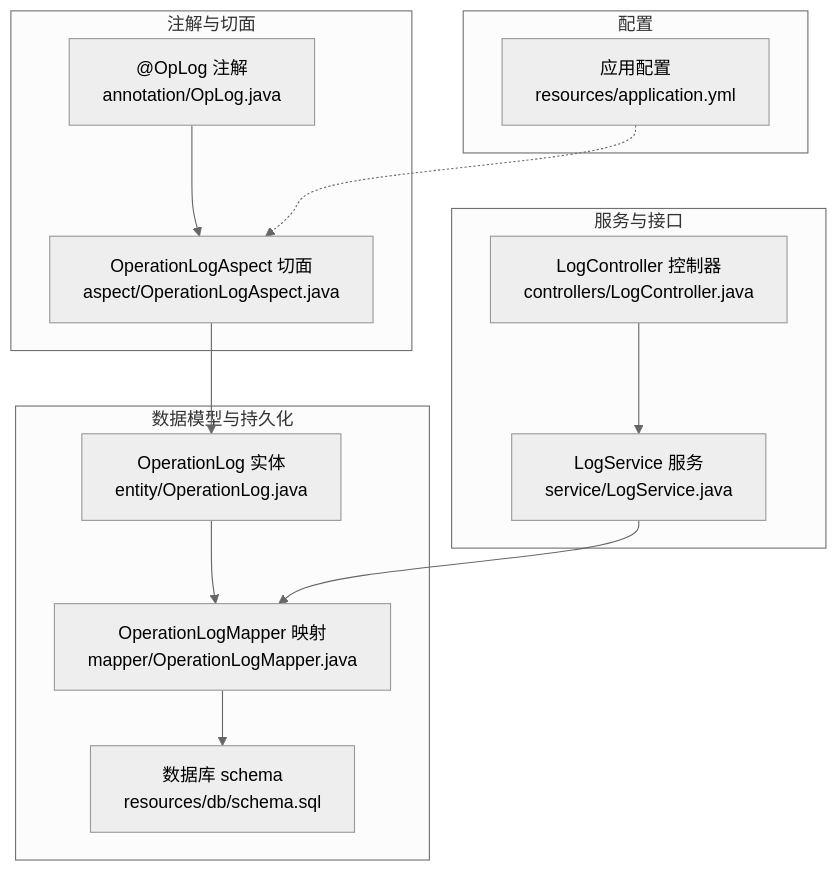
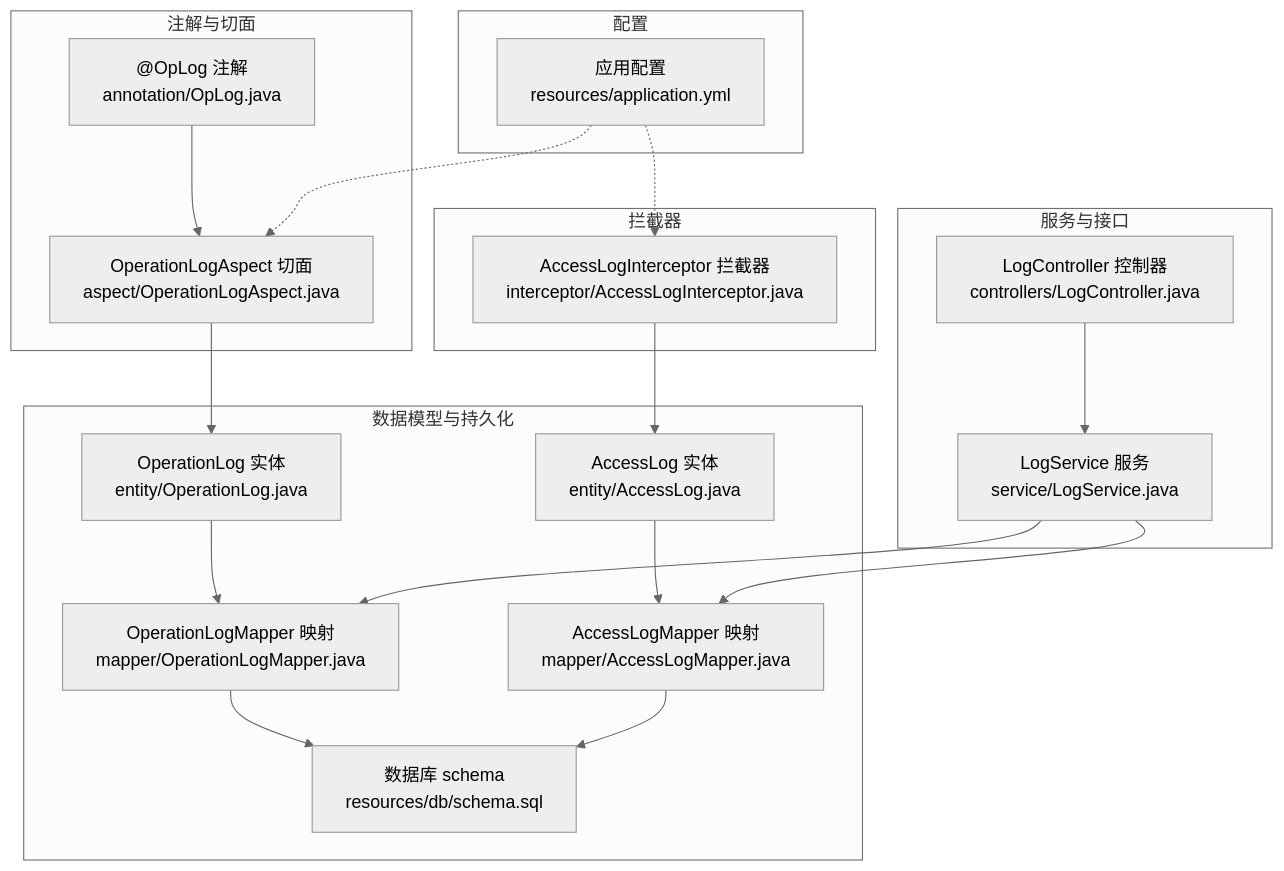
One commit to liming-lihaini/workflow changed the first of 6 diagrams in .qoder/repowiki/zh/content/监控审计系统/操作日志系统.md. Above: the diagram before and after it, drawn with Mermaid (neutral theme). The commit also changed other lines of this file and 31 other files, not shown here.

````diff
--- a/.qoder/repowiki/zh/content/监控审计系统/操作日志系统.md
+++ b/.qoder/repowiki/zh/content/监控审计系统/操作日志系统.md
@@ -40,26 +52,36 @@
 ```mermaid
 graph TB
 subgraph "注解与切面"
 A["@OpLog 注解<br/>annotation/OpLog.java"]
 B["OperationLogAspect 切面<br/>aspect/OperationLogAspect.java"]
 end
+subgraph "拦截器"
+C["AccessLogInterceptor 拦截器<br/>interceptor/AccessLogInterceptor.java"]
+end
 subgraph "数据模型与持久化"
-C["OperationLog 实体<br/>entity/OperationLog.java"]
-D["OperationLogMapper 映射<br/>mapper/OperationLogMapper.java"]
-E["数据库 schema<br/>resources/db/schema.sql"]
+D["OperationLog 实体<br/>entity/OperationLog.java"]
+E["AccessLog 实体<br/>entity/AccessLog.java"]
+F["OperationLogMapper 映射<br/>mapper/OperationLogMapper.java"]
+G["AccessLogMapper 映射<br/>mapper/AccessLogMapper.java"]
+H["数据库 schema<br/>resources/db/schema.sql"]
 end
 subgraph "服务与接口"
-F["LogService 服务<br/>service/LogService.java"]
-G["LogController 控制器<br/>controllers/LogController.java"]
+I["LogService 服务<br/>service/LogService.java"]
+J["LogController 控制器<br/>controllers/LogController.java"]
 end
 subgraph "配置"
-H["应用配置<br/>resources/application.yml"]
+K["应用配置<br/>resources/application.yml"]
 end
 A --> B
-B --> C
-C --> D
-D --> E
-G --> F
-F --> D
-H -.-> B
+B --> D
+C --> E
+D --> F
+E --> G
+F --> H
+G --> H
+J --> I
+I --> F
+I --> G
+K -.-> B
+K -.-> C
 ```
````
